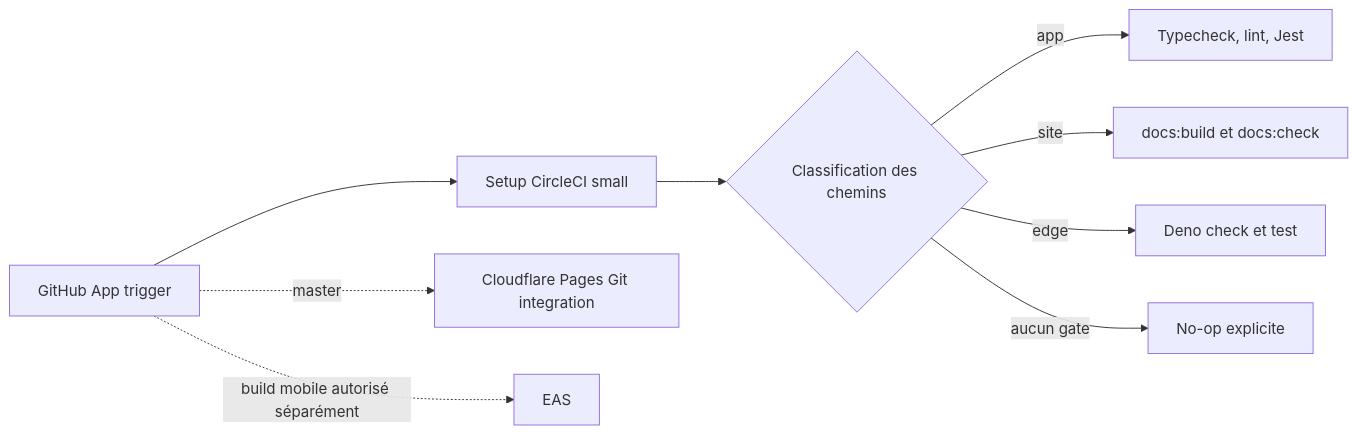
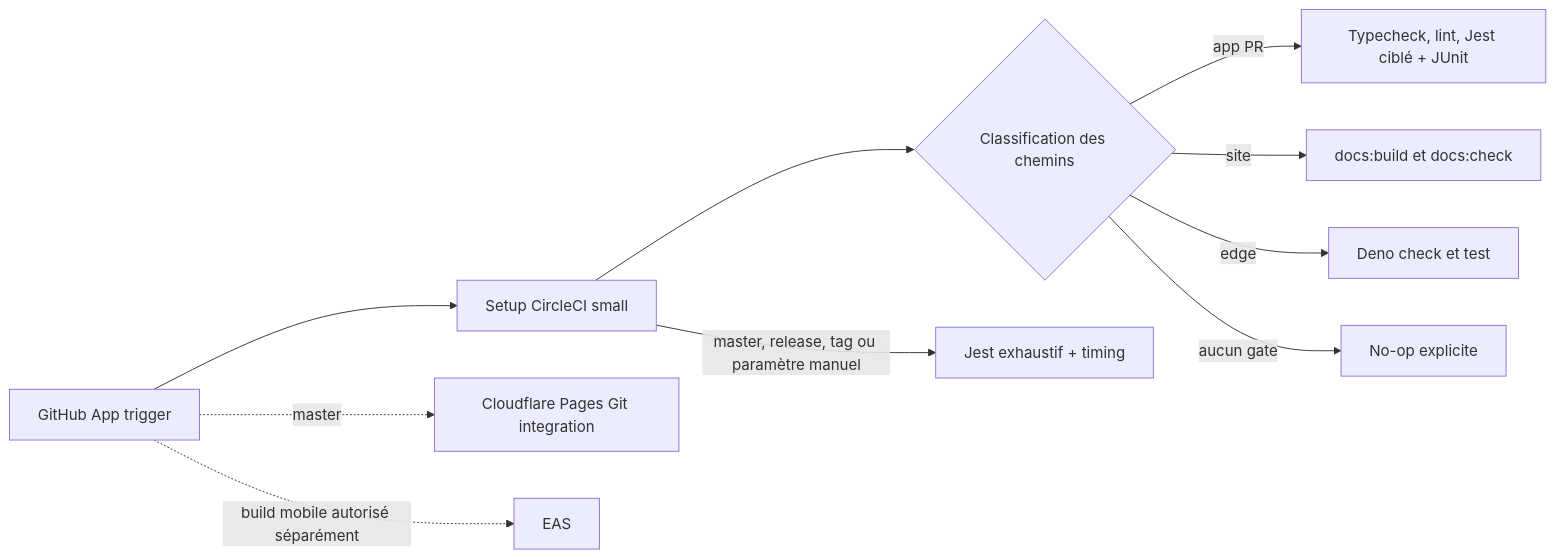
Before and after one commit to thannous/dreamer: the diagram in doc_web_interne/docs/circleci-migration.md, drawn with Mermaid. The commit also changed other lines of this file and 4 other files, not shown here.

````diff
--- a/doc_web_interne/docs/circleci-migration.md
+++ b/doc_web_interne/docs/circleci-migration.md
@@ -9,11 +9,12 @@
 ```mermaid
 flowchart LR
   GH[GitHub App trigger] --> S[Setup CircleCI small]
   S --> C{Classification des chemins}
-  C -->|app| N[Typecheck, lint, Jest]
+  C -->|app PR| N[Typecheck, lint, Jest ciblé + JUnit]
   C -->|site| D[docs:build et docs:check]
   C -->|edge| E[Deno check et test]
   C -->|aucun gate| Z[No-op explicite]
+  S -->|master, release, tag ou paramètre manuel| F[Jest exhaustif + timing]
   GH -. master .-> CF[Cloudflare Pages Git integration]
   GH -. build mobile autorisé séparément .-> EA[EAS]
 ```
````
